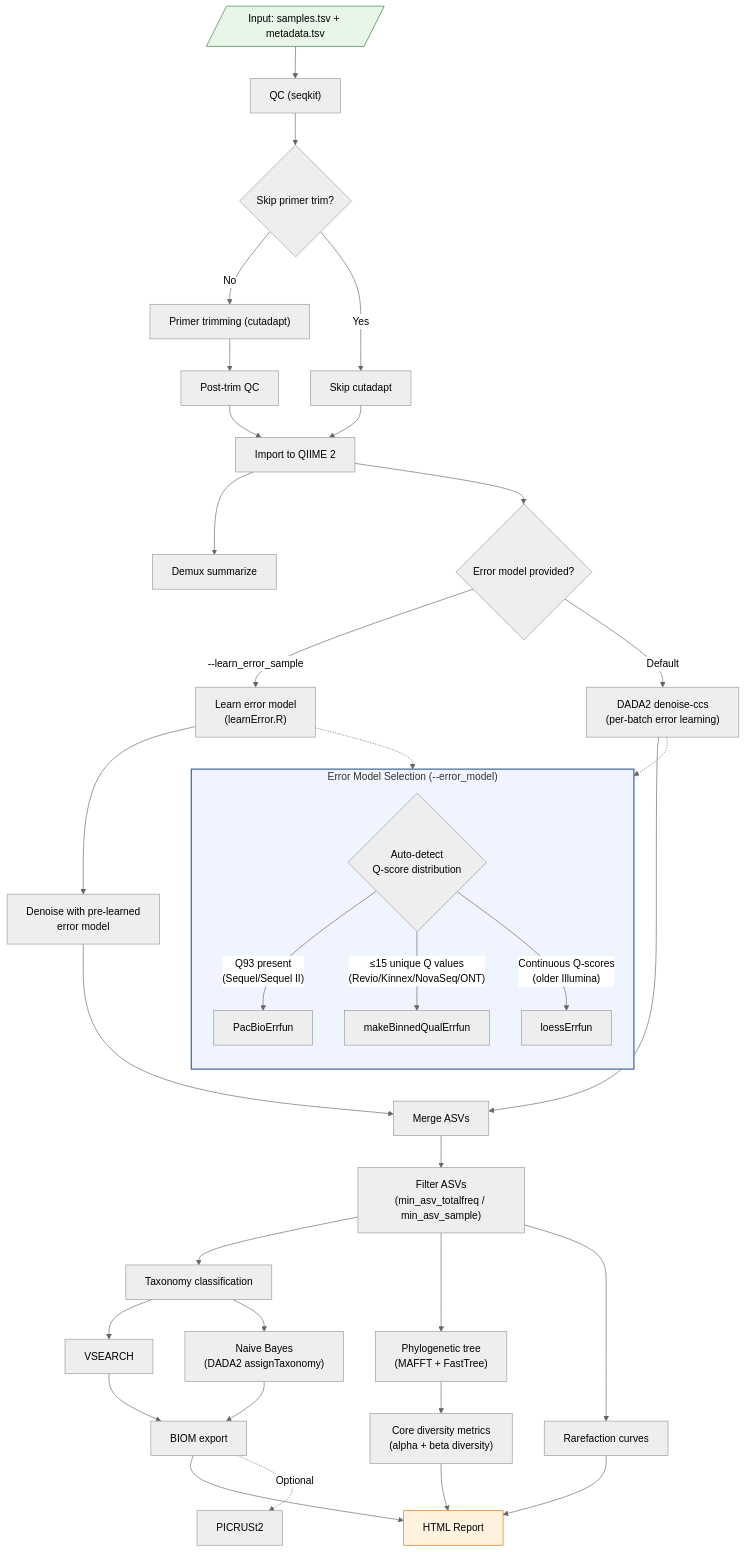
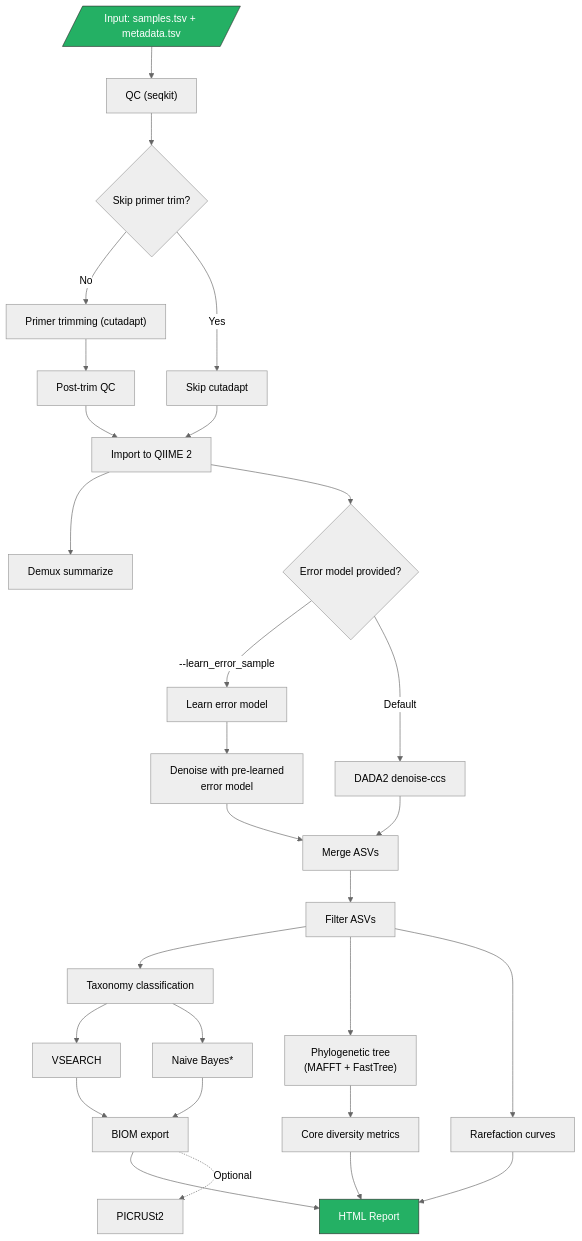
Before and after one commit to UA-CALES-SPLS-AGI/HiFi-16S-workflow: the diagram in README.md, drawn with Mermaid (neutral theme). The commit also changed other lines of this file and 1 other file, not shown here.

````diff
--- a/README.md
+++ b/README.md
@@ -25,54 +24,42 @@
 ```mermaid
 flowchart TD
-    A[/"Input: samples.tsv + metadata.tsv"/] --> B["QC (seqkit)"]
+    A[/"Input: samples.tsv + metadata.tsv"/]:::input --> B["QC (seqkit)"]
     B --> C{Skip primer trim?}
     C -->|No| D["Primer trimming (cutadapt)"]
     C -->|Yes| E["Skip cutadapt"]
     D --> F["Post-trim QC"]
     F --> G["Import to QIIME 2"]
     E --> G
 
     G --> H["Demux summarize"]
     G --> I{Error model provided?}
 
-    I -->|"--learn_error_sample"| J["Learn error model\n(learnError.R)"]
+    I -->|"--learn_error_sample"| J["Learn error model"]
     J --> K["Denoise with pre-learned\nerror model"]
-    I -->|Default| L["DADA2 denoise-ccs\n(per-batch error learning)"]
-
-    subgraph errmodel ["Error Model Selection (--error_model)"]
-        direction TB
-        M{"Auto-detect\nQ-score distribution"}
-        M -->|"Q93 present\n(Sequel/Sequel II)"| N["PacBioErrfun"]
-        M -->|"≤15 unique Q values\n(Revio/Kinnex/NovaSeq/ONT)"| O["makeBinnedQualErrfun"]
-        M -->|"Continuous Q-scores\n(older Illumina)"| P["loessErrfun"]
-    end
-
-    J -.-> errmodel
-    L -.-> errmodel
+    I -->|Default| L["DADA2 denoise-ccs"]
 
     K --> Q["Merge ASVs"]
     L --> Q
-    Q --> R["Filter ASVs\n(min_asv_totalfreq / min_asv_sample)"]
+    Q --> R["Filter ASVs"]
 
     R --> S["Taxonomy classification"]
     S --> S1["VSEARCH"]
-    S --> S2["Naive Bayes\n(DADA2 assignTaxonomy)"]
+    S --> S2["Naive Bayes*"]
 
     R --> T["Phylogenetic tree\n(MAFFT + FastTree)"]
-    T --> U["Core diversity metrics\n(alpha + beta diversity)"]
+    T --> U["Core diversity metrics"]
 
     R --> V["Rarefaction curves"]
 
     S1 --> W["BIOM export"]
     S2 --> W
 
-    W --> X["HTML Report"]
+    W --> X["HTML Report"]:::output
     U --> X
     V --> X
 
     W -.->|Optional| Y["PICRUSt2"]
 
-    style errmodel fill:#f0f4ff,stroke:#4a6fa5,stroke-width:2px
-    style A fill:#e8f5e9,stroke:#2e7d32
-    style X fill:#fff3e0,stroke:#ef6c00
+    classDef input fill:#24B064,stroke:#333,color:#fff
+    classDef output fill:#24B064,stroke:#333,color:#fff
 ```
````
